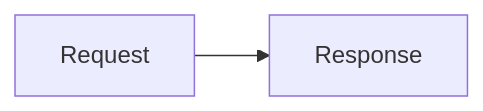
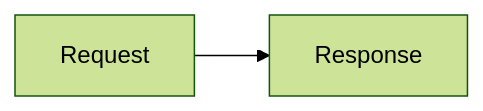
Before and after one commit to EvotecIT/ChartForgeX: the first of 13 diagrams in docs/mermaid.md, drawn with Mermaid. The commit also changed other lines of this file and 2 other files, not shown here.

First line of the commit message:
Document the shared diagram theme and trimmed canvases

````diff
--- a/docs/mermaid.md
+++ b/docs/mermaid.md
@@ -21,5 +21,5 @@
 ```mermaid
-%%{init: {"theme":"default"}}%%
+%%{init: {"theme":"forest"}}%%
 flowchart LR
     Request --> Response
 ```
````
